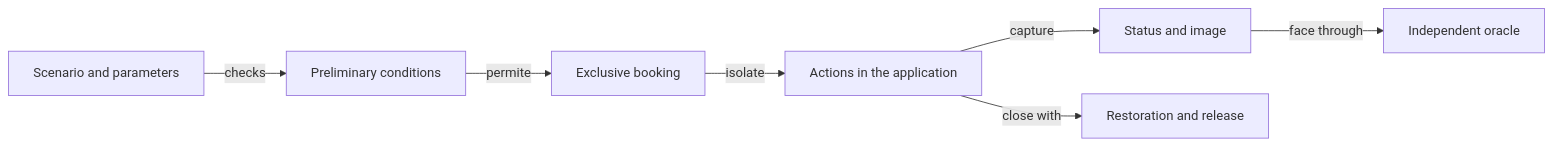
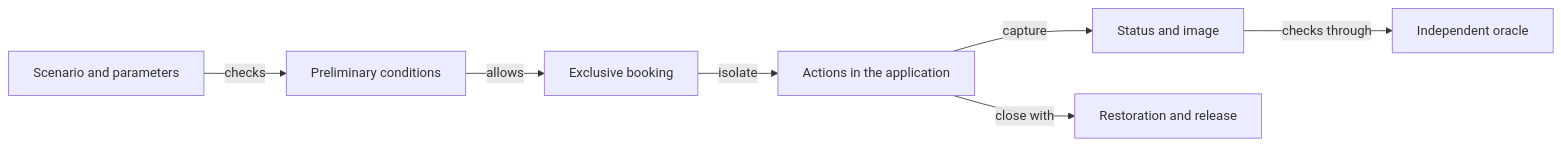
Before and after one commit to crististefanita/atf_j4: the diagram in docs/testing/ATF_Android.md, drawn with Mermaid. The commit also changed other lines of this file and 126 other files, not shown here.

````diff
--- a/docs/testing/ATF_Android.md
+++ b/docs/testing/ATF_Android.md
@@ -19,9 +19,9 @@
 ```mermaid
 flowchart LR
     CONFIG[Scenario and parameters] -->|checks| PRE[Preliminary conditions]
-    PRE -->|permite| LEASE[Exclusive booking]
+    PRE -->|allows| LEASE[Exclusive booking]
     LEASE -->|isolate| APP[Actions in the application]
     APP -->|capture| OBS[Status and image]
-    OBS -->|face through| CHECK[Independent oracle]
+    OBS -->|checks through| CHECK[Independent oracle]
     APP -->|close with| RESTORE[Restoration and release]
 ```
````
